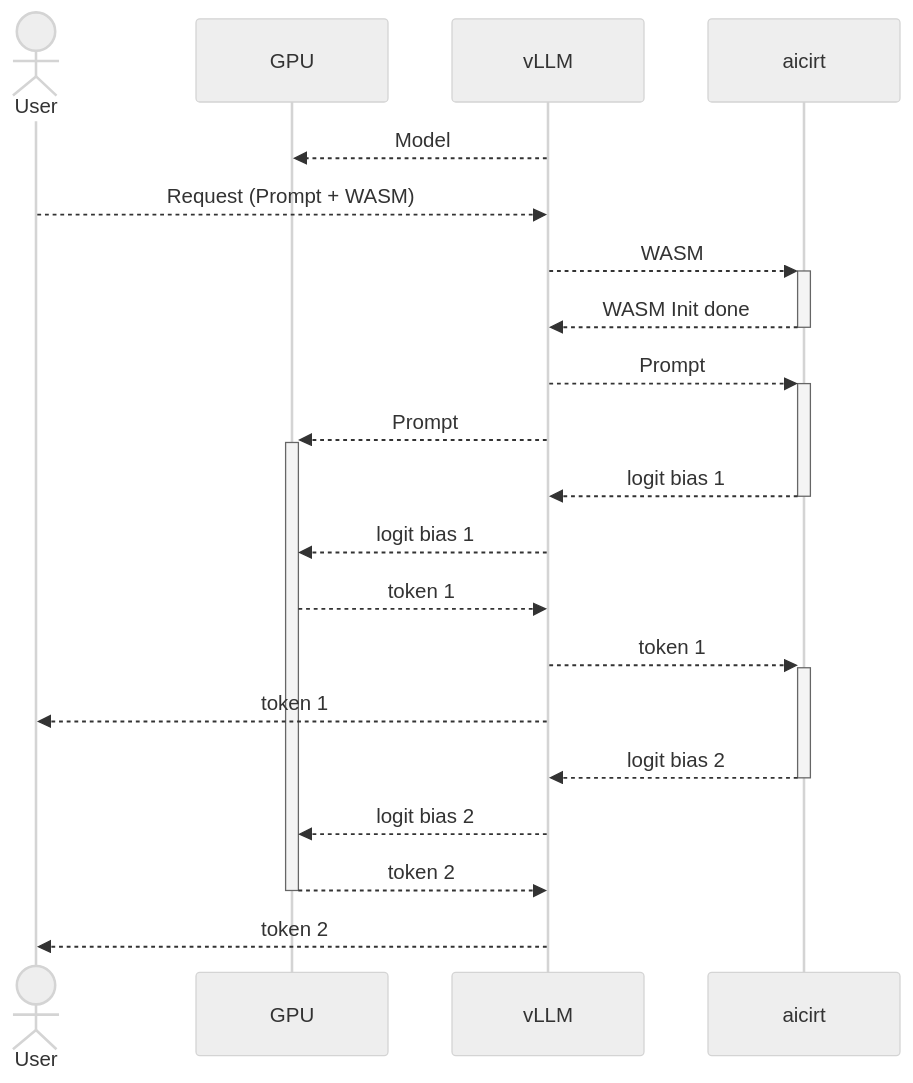
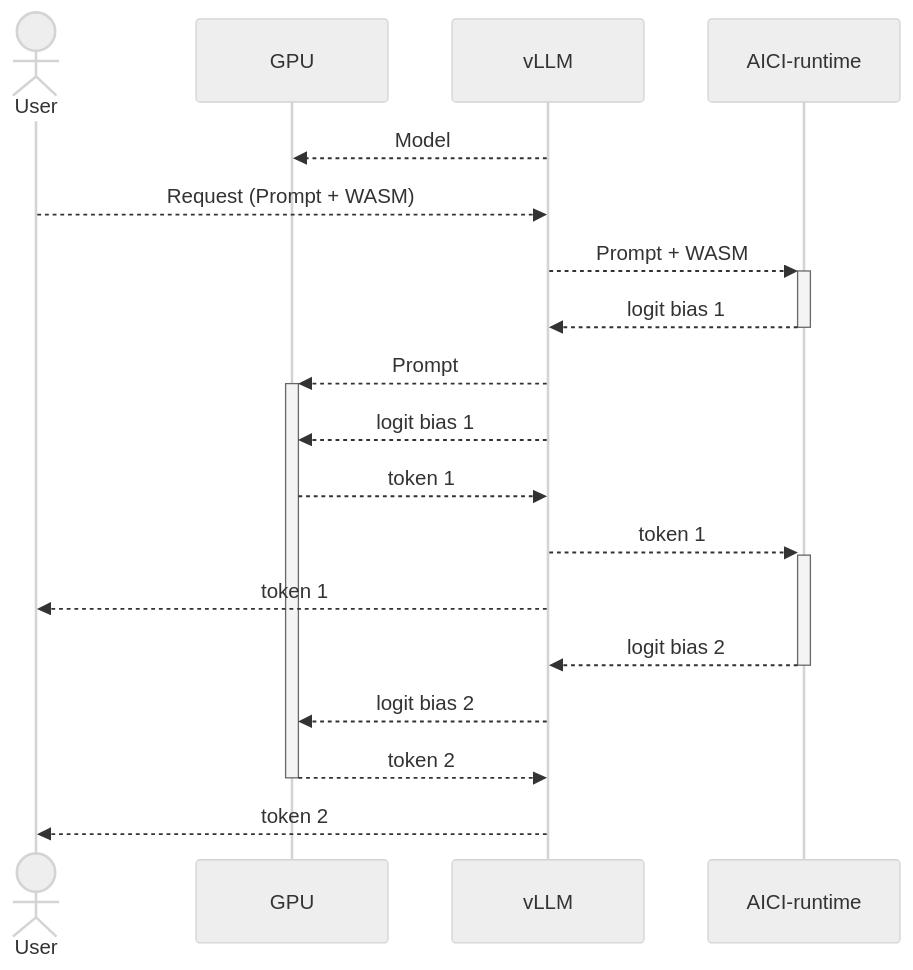
The second of 2 diagrams in README.md (microsoft/aici), drawn with Mermaid (neutral theme) before and after one commit.

````diff
--- a/README.md
+++ b/README.md
@@ -60,22 +60,20 @@
 ```mermaid
 sequenceDiagram
     actor User
     participant GPU
     participant vLLM
-    participant aicirt
+    participant aicirt as AICI-runtime
     vLLM -->> GPU: Model
     User -->> vLLM: Request (Prompt + WASM)
-    vLLM -->>+ aicirt: WASM
-    aicirt -->>- vLLM: WASM Init done
-    vLLM -->>+ aicirt: Prompt
+    vLLM -->>+ aicirt: Prompt + WASM
+    aicirt -->>- vLLM: logit bias 1
     vLLM -->>+ GPU: Prompt
-    aicirt -->>- vLLM: logit bias 1
     vLLM -->> GPU: logit bias 1
     GPU -->> vLLM: token 1
     vLLM -->>+ aicirt: token 1
     vLLM -->> User: token 1
     aicirt -->>- vLLM: logit bias 2
     vLLM -->> GPU: logit bias 2
     GPU -->>- vLLM: token 2
     vLLM -->> User: token 2
 ```
````
